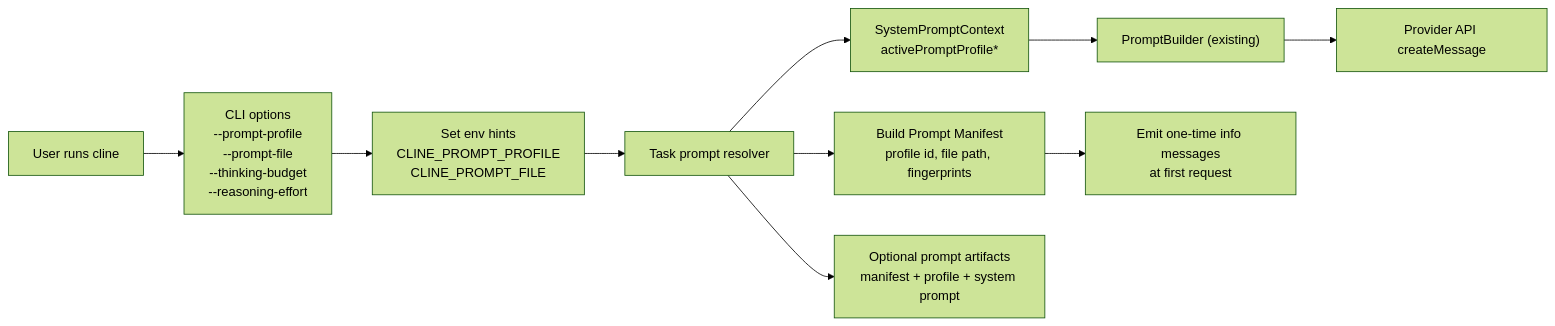
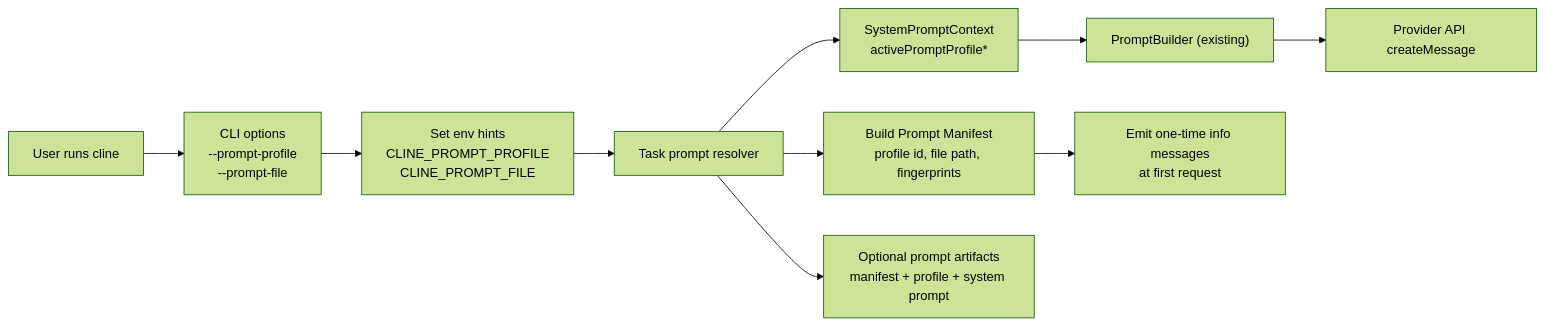
Before and after one commit to cline/cline: the diagram in PROMPT_MANIFEST_CHANGES.md, drawn with Mermaid (forest theme). The commit also changed other lines of this file and 2 other files, not shown here.

First line of the commit message:
refactor(cli): remove thinking budget and reasoning effort flags

````diff
--- a/PROMPT_MANIFEST_CHANGES.md
+++ b/PROMPT_MANIFEST_CHANGES.md
@@ -10,12 +10,12 @@
 ```mermaid
 flowchart LR
-  U["User runs cline"] --> CLI["CLI options\n--prompt-profile\n--prompt-file\n--thinking-budget\n--reasoning-effort"]
+  U["User runs cline"] --> CLI["CLI options\n--prompt-profile\n--prompt-file"]
   CLI --> ENV["Set env hints\nCLINE_PROMPT_PROFILE\nCLINE_PROMPT_FILE"]
   ENV --> TASK["Task prompt resolver"]
   TASK --> MAN["Build Prompt Manifest\nprofile id, file path, fingerprints"]
   TASK --> CTX["SystemPromptContext\nactivePromptProfile*"]
   CTX --> BUILDER["PromptBuilder (existing)"]
   BUILDER --> API["Provider API createMessage"]
   MAN --> LOG["Emit one-time info messages\nat first request"]
   TASK --> ART["Optional prompt artifacts\nmanifest + profile + system prompt"]
 ```
````
